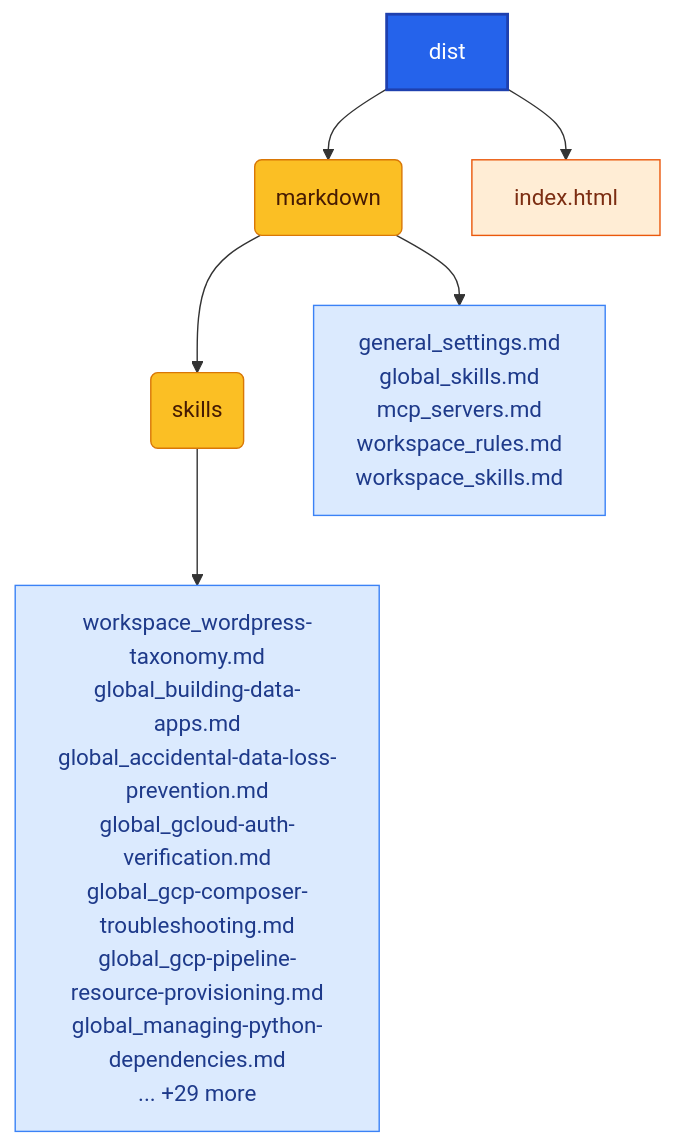
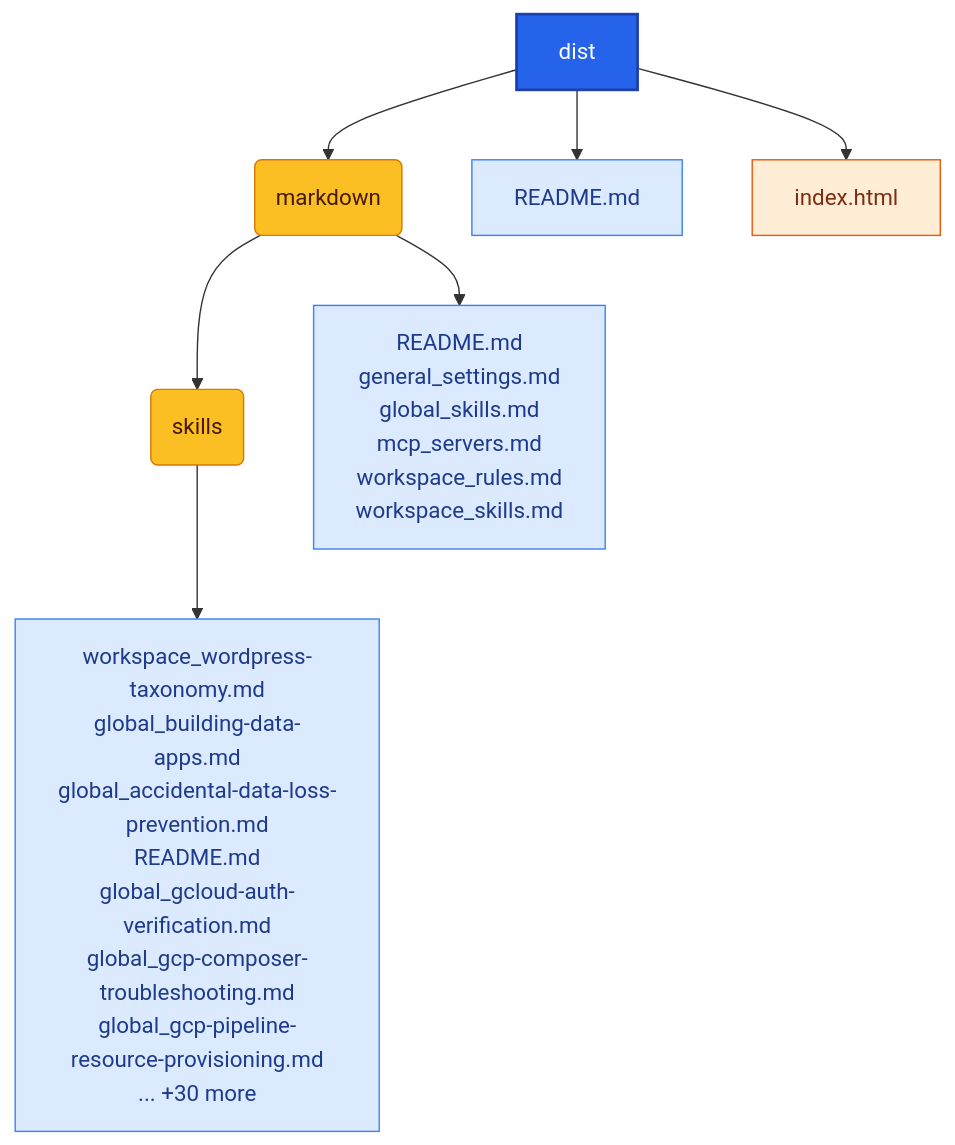
The diagram in projects/antigravity-export-html5/dist/README.md (Richie086/scripts-public), drawn with Mermaid before and after one commit. The commit also changed 9 other files, not shown here.

````diff
--- a/projects/antigravity-export-html5/dist/README.md
+++ b/projects/antigravity-export-html5/dist/README.md
@@ -11,12 +11,13 @@
 ```mermaid
 graph TD
 	root["dist"]:::root --> n1("markdown"):::folder
-	root["dist"]:::root --> n2["index.html"]:::file-html
+	root["dist"]:::root --> n2["README.md"]:::file-md
+	root["dist"]:::root --> n3["index.html"]:::file-html
 	n1 --> n1_1("skills"):::folder
-	n1 --> n1_6["general_settings.md<br>global_skills.md<br>mcp_servers.md<br>workspace_rules.md<br>workspace_skills.md"]:::file-md
-	n1_1 --> n1_1_36["workspace_wordpress-taxonomy.md<br>global_building-data-apps.md<br>global_accidental-data-loss-prevention.md<br>global_gcloud-auth-verification.md<br>global_gcp-composer-troubleshooting.md<br>global_gcp-pipeline-resource-provisioning.md<br>global_managing-python-dependencies.md<br>... +29 more"]:::file-md
+	n1 --> n1_7["README.md<br>general_settings.md<br>global_skills.md<br>mcp_servers.md<br>workspace_rules.md<br>workspace_skills.md"]:::file-md
+	n1_1 --> n1_1_37["workspace_wordpress-taxonomy.md<br>global_building-data-apps.md<br>global_accidental-data-loss-prevention.md<br>README.md<br>global_gcloud-auth-verification.md<br>global_gcp-composer-troubleshooting.md<br>global_gcp-pipeline-resource-provisioning.md<br>... +30 more"]:::file-md
 classDef root fill:#2563eb,stroke:#1e40af,stroke-width:2px,color:#ffffff;
 classDef folder fill:#fbbf24,stroke:#d97706,stroke-width:1px,color:#451a03;
 classDef file-html fill:#ffedd5,stroke:#ea580c,stroke-width:1px,color:#7c2d12;
 classDef file-md fill:#dbeafe,stroke:#3b82f6,stroke-width:1px,color:#1e3a8a;
 ```
````
